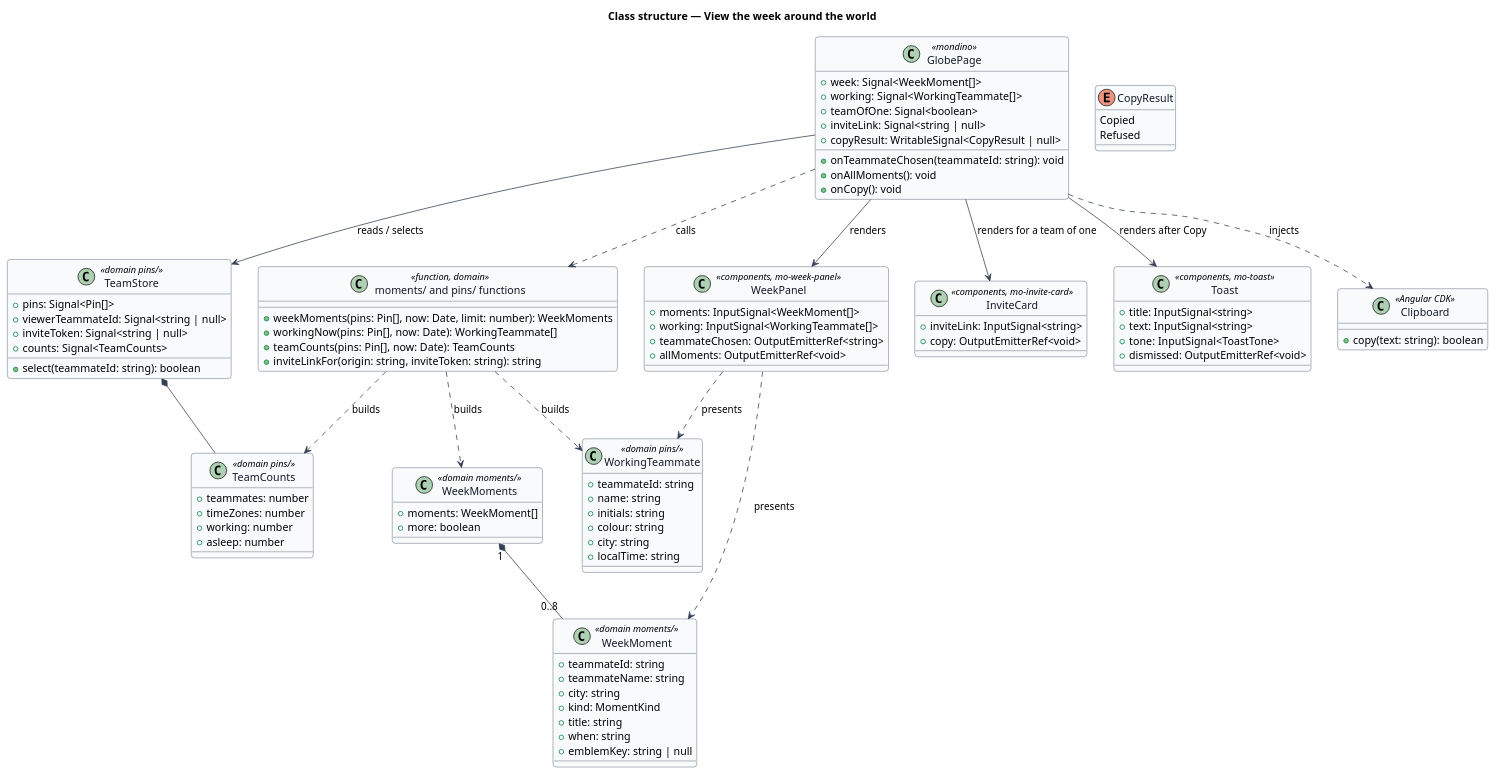
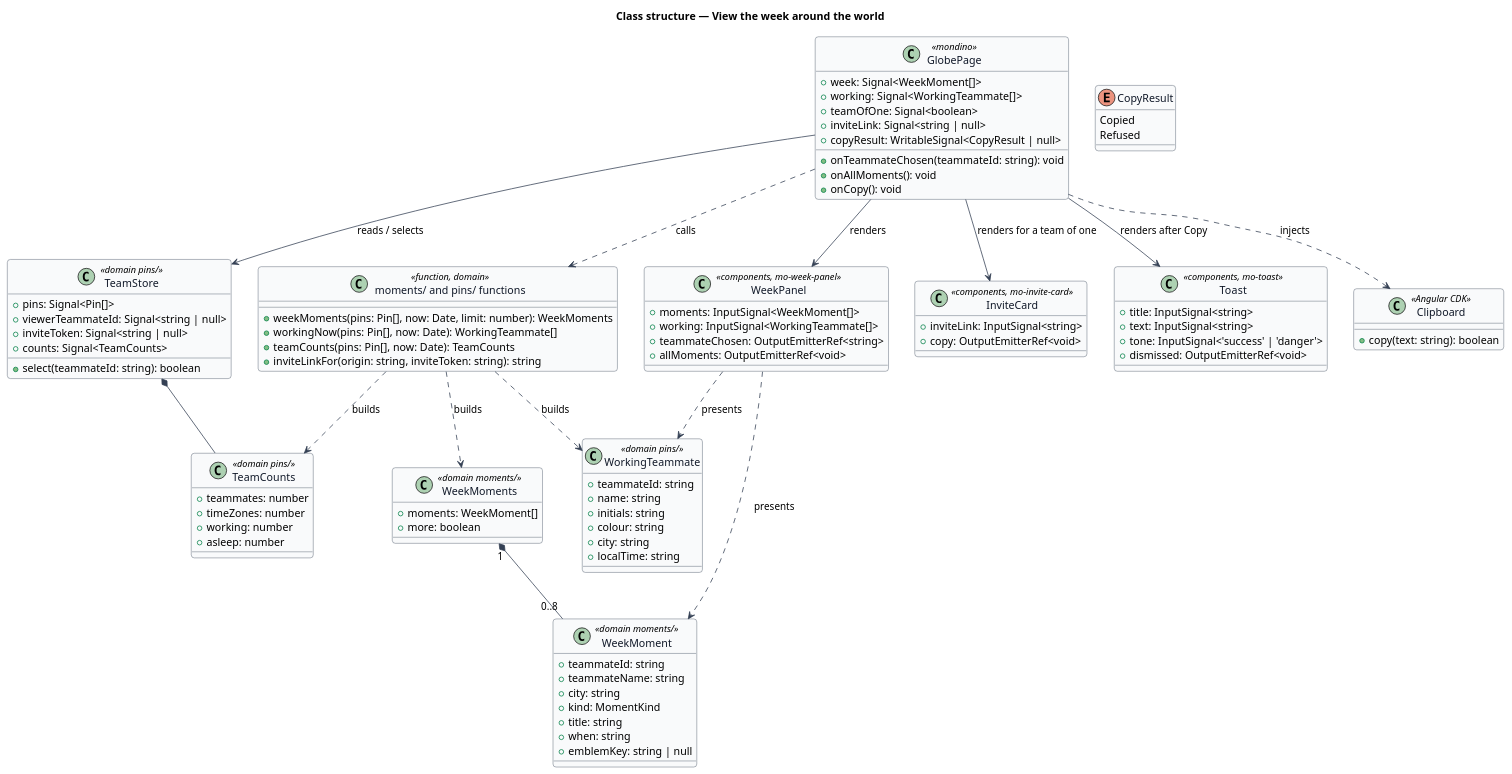
One commit to QuinntyneBrown/Mondino changed the diagram in docs/detailed-designs/team/view-week-around-the-world/diagrams/class-structure.puml. Above: the diagram before and after it, drawn with PlantUML. The commit also changed 23 other files, not shown here.

```diff
--- a/docs/detailed-designs/team/view-week-around-the-world/diagrams/class-structure.puml
+++ b/docs/detailed-designs/team/view-week-around-the-world/diagrams/class-structure.puml
@@ -1,112 +1,112 @@
 @startuml
 skinparam backgroundColor #FFFFFF
 skinparam shadowing false
 skinparam roundcorner 8
 skinparam defaultFontName Arial
 skinparam ArrowColor #344054
 skinparam class {
   BorderColor #344054
   FontColor #101828
   BackgroundColor #F9FAFB
 }
 title Class structure — View the week around the world
 
 class GlobePage <<mondino>> {
   +week: Signal<WeekMoment[]>
   +working: Signal<WorkingTeammate[]>
   +teamOfOne: Signal<boolean>
   +inviteLink: Signal<string | null>
   +copyResult: WritableSignal<CopyResult | null>
   +onTeammateChosen(teammateId: string): void
   +onAllMoments(): void
   +onCopy(): void
 }
 
 class TeamStore <<domain pins/>> {
   +pins: Signal<Pin[]>
   +viewerTeammateId: Signal<string | null>
   +inviteToken: Signal<string | null>
   +counts: Signal<TeamCounts>
   +select(teammateId: string): boolean
 }
 
 class TeamCounts <<domain pins/>> {
   +teammates: number
   +timeZones: number
   +working: number
   +asleep: number
 }
 
 class "moments/ and pins/ functions" as fn <<function, domain>> {
   +weekMoments(pins: Pin[], now: Date, limit: number): WeekMoments
   +workingNow(pins: Pin[], now: Date): WorkingTeammate[]
   +teamCounts(pins: Pin[], now: Date): TeamCounts
   +inviteLinkFor(origin: string, inviteToken: string): string
 }
 
 class WeekMoments <<domain moments/>> {
   +moments: WeekMoment[]
   +more: boolean
 }
 
 class WeekMoment <<domain moments/>> {
   +teammateId: string
   +teammateName: string
   +city: string
   +kind: MomentKind
   +title: string
   +when: string
   +emblemKey: string | null
 }
 
 class WorkingTeammate <<domain pins/>> {
   +teammateId: string
   +name: string
   +initials: string
   +colour: string
   +city: string
   +localTime: string
 }
 
 class WeekPanel <<components, mo-week-panel>> {
   +moments: InputSignal<WeekMoment[]>
   +working: InputSignal<WorkingTeammate[]>
   +teammateChosen: OutputEmitterRef<string>
   +allMoments: OutputEmitterRef<void>
 }
 
 class InviteCard <<components, mo-invite-card>> {
   +inviteLink: InputSignal<string>
   +copy: OutputEmitterRef<void>
 }
 
 enum CopyResult {
   Copied
   Refused
 }
 
 class Toast <<components, mo-toast>> {
   +title: InputSignal<string>
   +text: InputSignal<string>
-  +tone: InputSignal<ToastTone>
+  +tone: InputSignal<'success' | 'danger'>
   +dismissed: OutputEmitterRef<void>
 }
 
 class Clipboard <<Angular CDK>> {
   +copy(text: string): boolean
 }
 
 GlobePage --> TeamStore : reads / selects
 GlobePage ..> fn : calls
 GlobePage --> WeekPanel : renders
 GlobePage --> InviteCard : renders for a team of one
 GlobePage ..> Clipboard : injects
 GlobePage --> Toast : renders after Copy
 TeamStore *-- TeamCounts
 fn ..> WeekMoments : builds
 fn ..> WorkingTeammate : builds
 fn ..> TeamCounts : builds
 WeekMoments "1" *-- "0..8" WeekMoment
 WeekPanel ..> WeekMoment : presents
 WeekPanel ..> WorkingTeammate : presents
 @enduml
```
